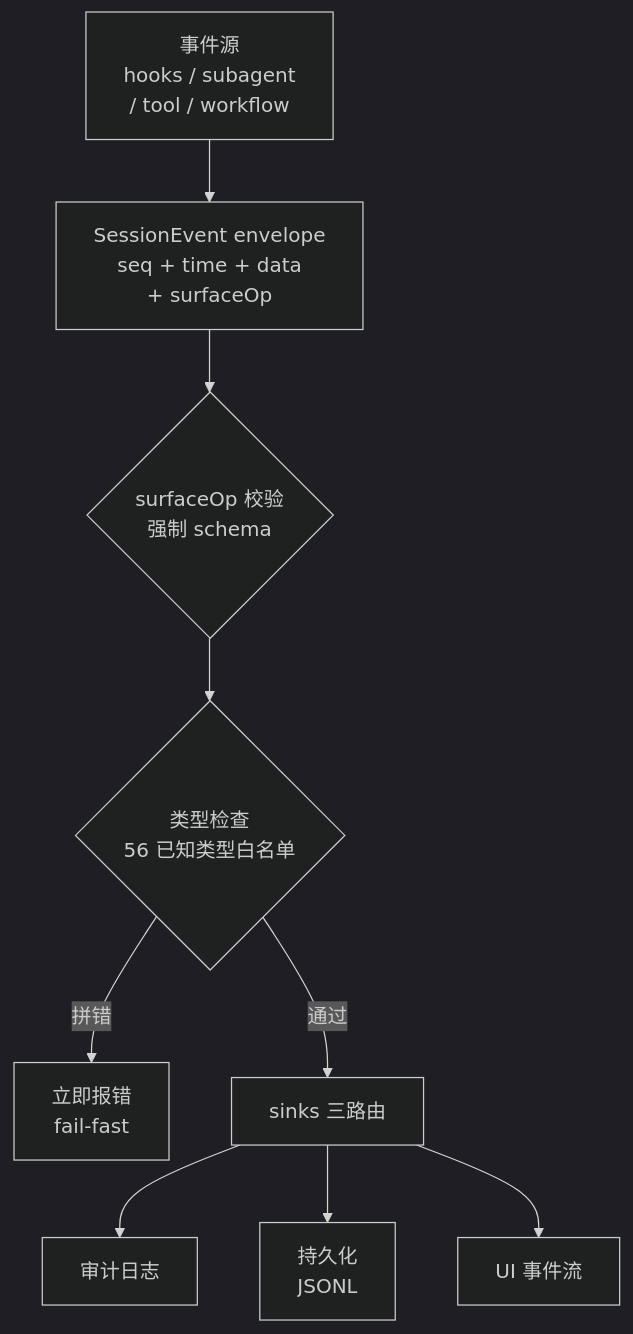
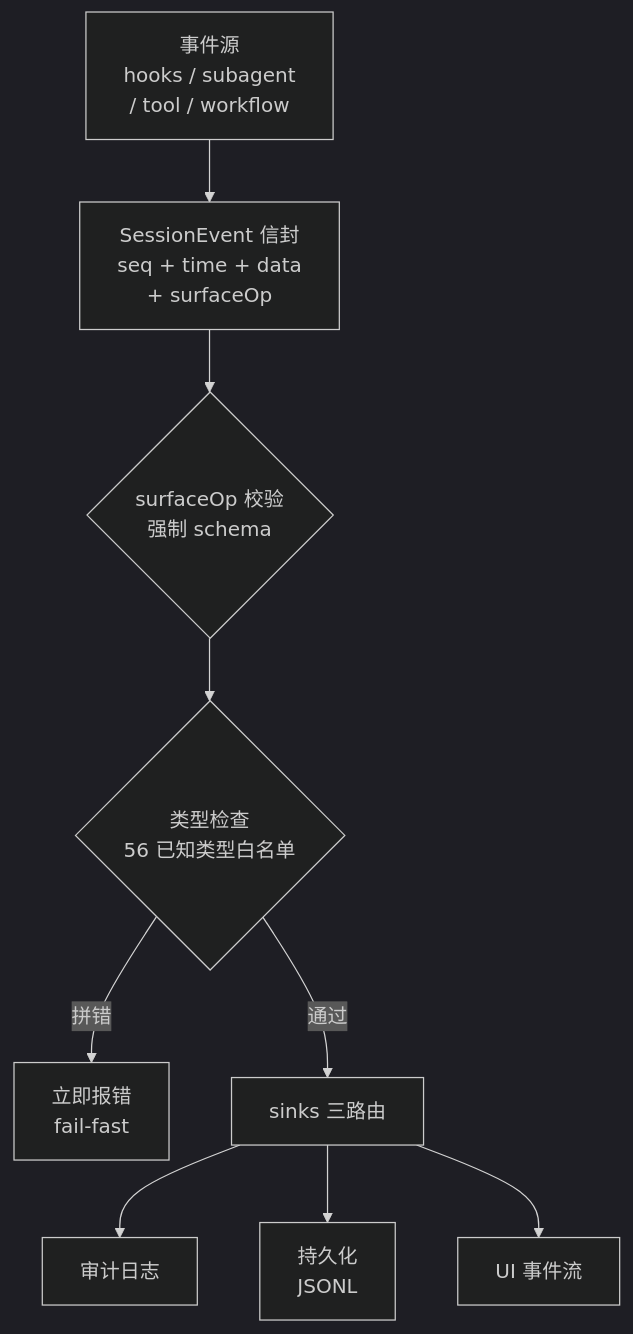
One commit to Golden2002/PAEG changed diagram 22 of 25 in PAEG技术说明.md. Above: the diagram before and after it, drawn with Mermaid. The commit also changed other lines of this file, not shown here.

Commit message:
docs: 技术说明 v1.1.8 内容优化(Oracle)——A翻译腔13项+B/C语言12项+引用重组40项4组+新增图2B/27+事件62

````diff
--- a/PAEG技术说明.md
+++ b/PAEG技术说明.md
@@ -587,12 +622,12 @@
 ```mermaid
 %%{init: {'theme': 'dark'}}%%
 flowchart TB
-    SRC["事件源<br/>hooks / subagent<br/>/ tool / workflow"] --> ENV["SessionEvent envelope<br/>seq + time + data<br/>+ surfaceOp"]
+    SRC["事件源<br/>hooks / subagent<br/>/ tool / workflow"] --> ENV["SessionEvent 信封<br/>seq + time + data<br/>+ surfaceOp"]
     ENV --> SURF{"surfaceOp 校验<br/>强制 schema"}
     SURF --> TY{"类型检查<br/>56 已知类型白名单"}
     TY -->|拼错| ERR["立即报错<br/>fail-fast"]
     TY -->|通过| RT["sinks 三路由"]
     RT --> S1["审计日志"]
     RT --> S2["持久化<br/>JSONL"]
     RT --> S3["UI 事件流"]
 ```
````
